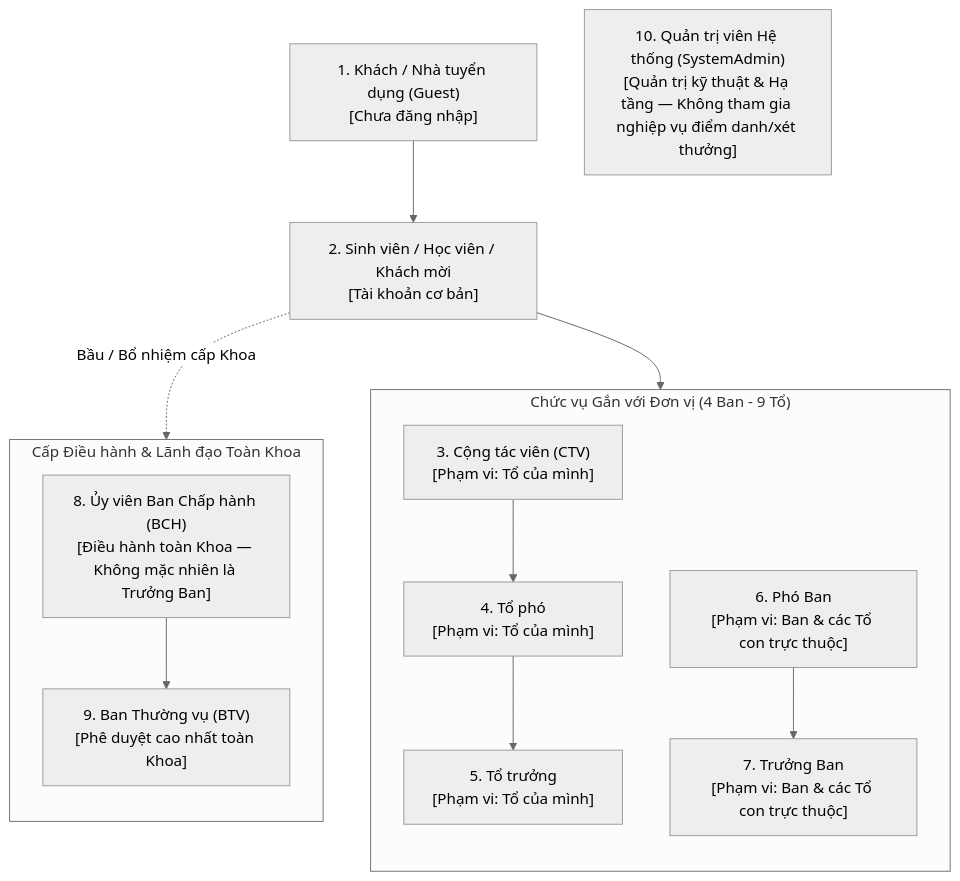
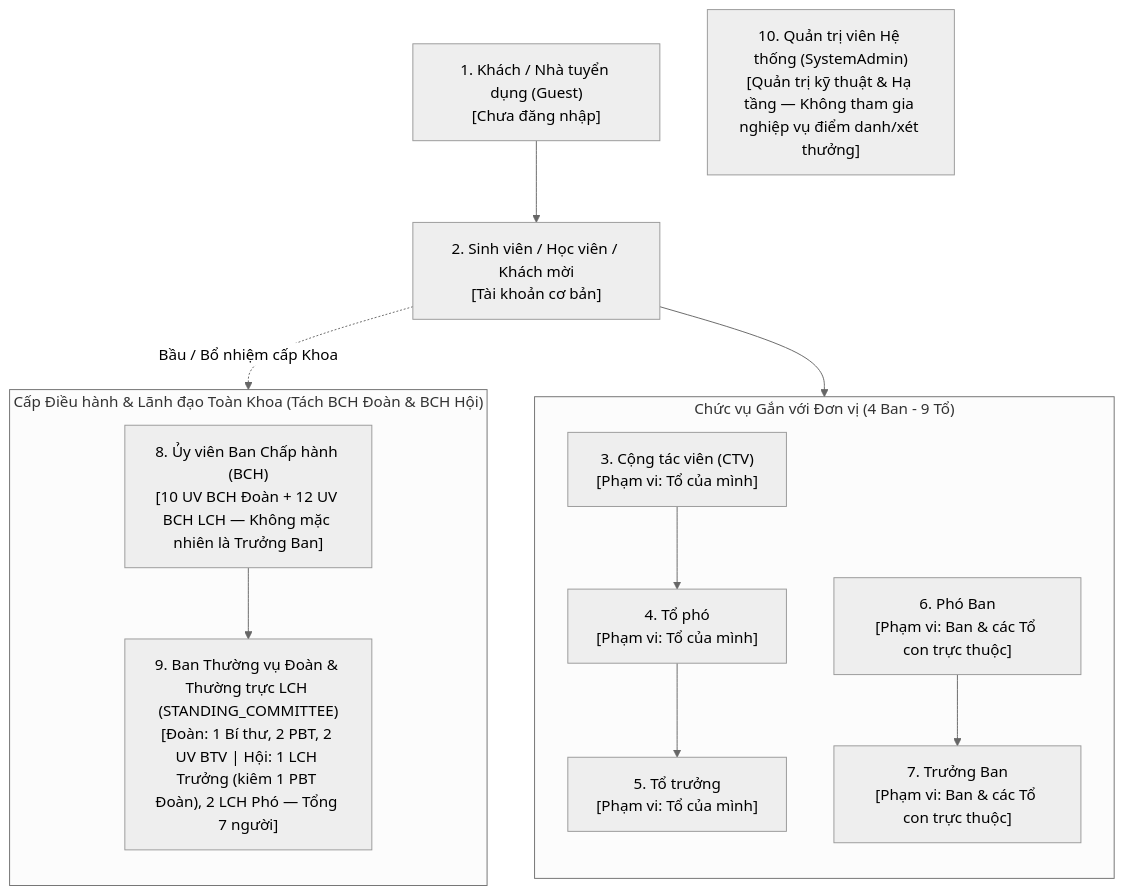
Before and after one commit to tuong149/YITZone: the second of 18 diagrams in document/SRS_YITZone.md, drawn with Mermaid (neutral theme). The commit also changed other lines of this file and 392 other files, not shown here.

````diff
--- a/document/SRS_YITZone.md
+++ b/document/SRS_YITZone.md
@@ -146,26 +146,26 @@
 ```mermaid
 flowchart TD
     Guest["1. Khách / Nhà tuyển dụng (Guest)\n[Chưa đăng nhập]"] --> Student["2. Sinh viên / Học viên / Khách mời\n[Tài khoản cơ bản]"]
 
     subgraph UnitRoles["Chức vụ Gắn với Đơn vị (4 Ban - 9 Tổ)"]
         direction TB
         CTV["3. Cộng tác viên (CTV)\n[Phạm vi: Tổ của mình]"]
         TPh["4. Tổ phó\n[Phạm vi: Tổ của mình]"]
         TT["5. Tổ trưởng\n[Phạm vi: Tổ của mình]"]
         PB["6. Phó Ban\n[Phạm vi: Ban & các Tổ con trực thuộc]"]
         TB["7. Trưởng Ban\n[Phạm vi: Ban & các Tổ con trực thuộc]"]
         CTV --> TPh --> TT
         PB --> TB
     end
 
-    subgraph FacultyRoles["Cấp Điều hành & Lãnh đạo Toàn Khoa"]
+    subgraph FacultyRoles["Cấp Điều hành & Lãnh đạo Toàn Khoa (Tách BCH Đoàn & BCH Hội)"]
         direction TB
-        BCH["8. Ủy viên Ban Chấp hành (BCH)\n[Điều hành toàn Khoa — Không mặc nhiên là Trưởng Ban]"]
-        BTV["9. Ban Thường vụ (BTV)\n[Phê duyệt cao nhất toàn Khoa]"]
+        BCH["8. Ủy viên Ban Chấp hành (BCH)\n[10 UV BCH Đoàn + 12 UV BCH LCH — Không mặc nhiên là Trưởng Ban]"]
+        BTV["9. Ban Thường vụ Đoàn & Thường trực LCH (STANDING_COMMITTEE)\n[Đoàn: 1 Bí thư, 2 PBT, 2 UV BTV | Hội: 1 LCH Trưởng (kiêm 1 PBT Đoàn), 2 LCH Phó — Tổng 7 người]"]
         BCH --> BTV
     end
 
     Student --> CTV
     Student -.->|"Bầu / Bổ nhiệm cấp Khoa"| BCH
     Admin["10. Quản trị viên Hệ thống (SystemAdmin)\n[Quản trị kỹ thuật & Hạ tầng — Không tham gia nghiệp vụ điểm danh/xét thưởng]"]
 ```
````
